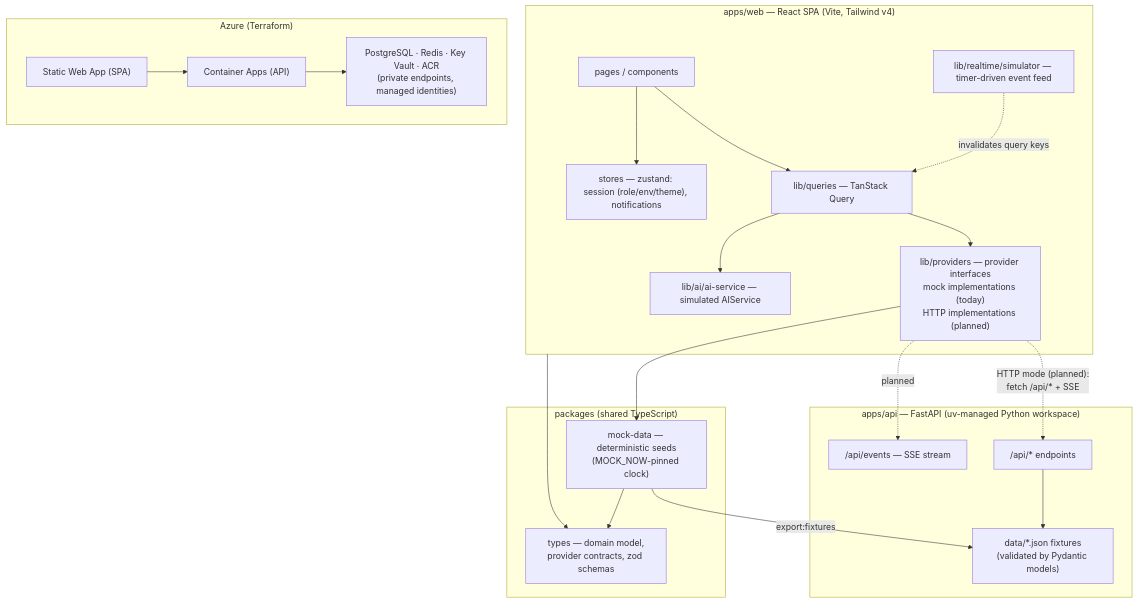
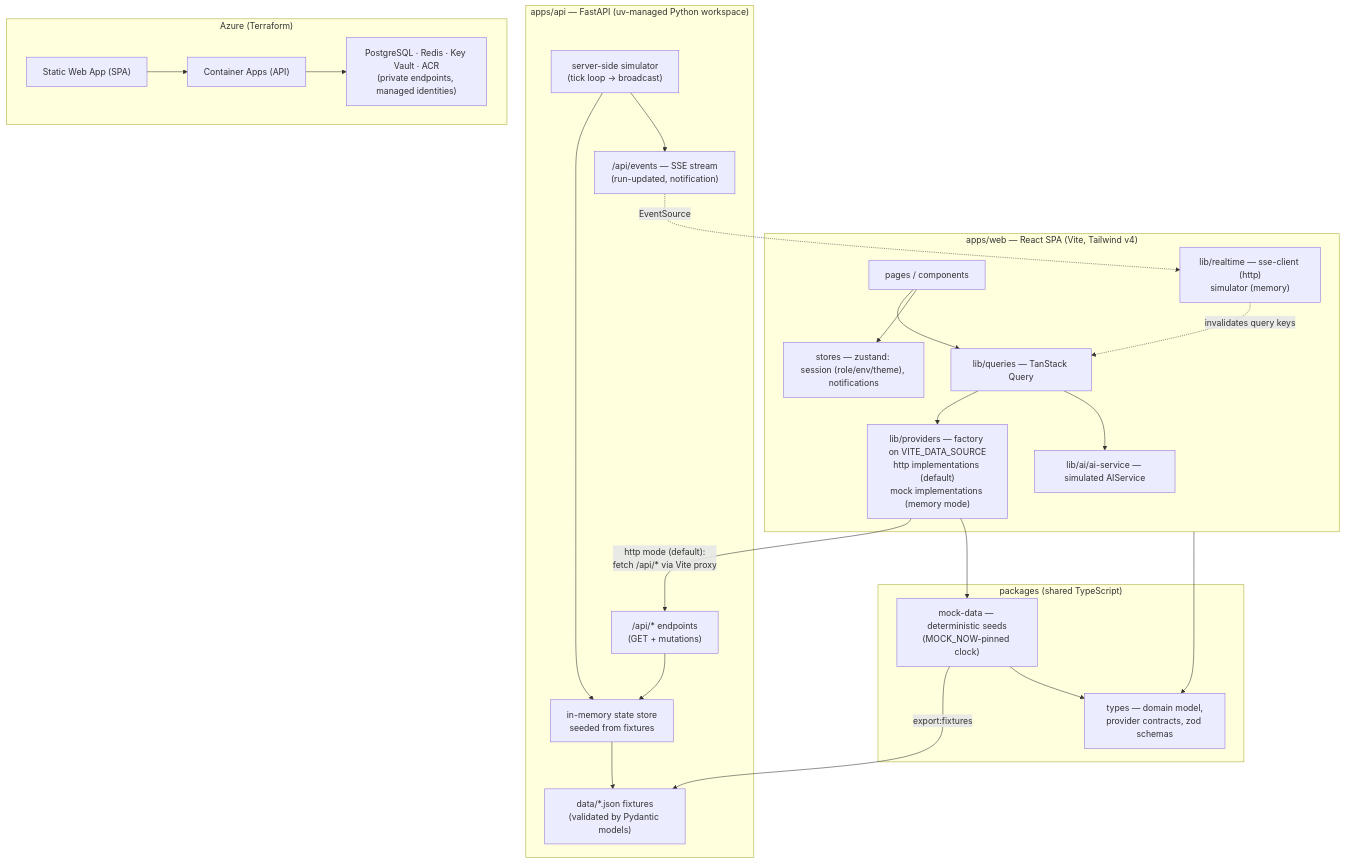
Before and after one commit to acaacx/mithrilops: the diagram in docs/architecture.md, drawn with Mermaid. The commit also changed 1 other file, not shown here.

Commit message:
docs: add architecture diagram to README, refresh to HTTP-default reality

````diff
--- a/docs/architecture.md
+++ b/docs/architecture.md
@@ -5,41 +5,45 @@
 ```mermaid
 flowchart TB
     subgraph web["apps/web — React SPA (Vite, Tailwind v4)"]
         pages["pages / components"]
         queries["lib/queries — TanStack Query"]
-        providers["lib/providers — provider interfaces<br/>mock implementations (today)<br/>HTTP implementations (planned)"]
-        realtime["lib/realtime/simulator — timer-driven event feed"]
+        providers["lib/providers — factory on VITE_DATA_SOURCE<br/>http implementations (default)<br/>mock implementations (memory mode)"]
+        realtime["lib/realtime — sse-client (http)<br/>simulator (memory)"]
         ai["lib/ai/ai-service — simulated AIService"]
         stores["stores — zustand: session (role/env/theme), notifications"]
         pages --> queries --> providers
         queries --> ai
         realtime -. "invalidates query keys" .-> queries
         pages --> stores
     end
 
     subgraph api["apps/api — FastAPI (uv-managed Python workspace)"]
-        endpoints["/api/* endpoints"]
-        sse["/api/events — SSE stream"]
+        endpoints["/api/* endpoints<br/>(GET + mutations)"]
+        sse["/api/events — SSE stream<br/>(run-updated, notification)"]
+        sim["server-side simulator<br/>(tick loop → broadcast)"]
+        state["in-memory state store<br/>seeded from fixtures"]
         fixtures["data/*.json fixtures<br/>(validated by Pydantic models)"]
-        endpoints --> fixtures
+        endpoints --> state --> fixtures
+        sim --> state
+        sim --> sse
     end
 
     subgraph packages["packages (shared TypeScript)"]
         types["types — domain model,<br/>provider contracts, zod schemas"]
         mockdata["mock-data — deterministic seeds<br/>(MOCK_NOW-pinned clock)"]
     end
 
-    providers -. "HTTP mode (planned):<br/>fetch /api/* + SSE" .-> endpoints
-    providers -. planned .-> sse
+    providers -- "http mode (default):<br/>fetch /api/* via Vite proxy" --> endpoints
+    sse -. "EventSource" .-> realtime
     mockdata -- "export:fixtures" --> fixtures
     providers --> mockdata
     web --> types
     mockdata --> types
 
     subgraph azure["Azure (Terraform)"]
         swa["Static Web App (SPA)"]
         aca["Container Apps (API)"]
         paas["PostgreSQL · Redis · Key Vault · ACR<br/>(private endpoints, managed identities)"]
         swa --> aca --> paas
     end
 ```
````
